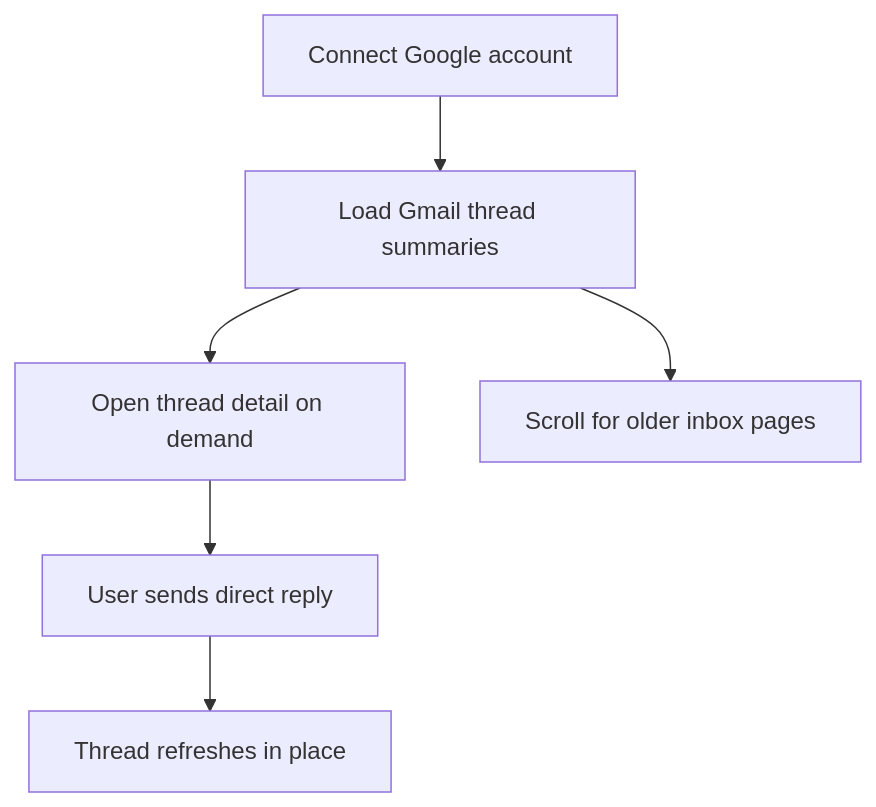
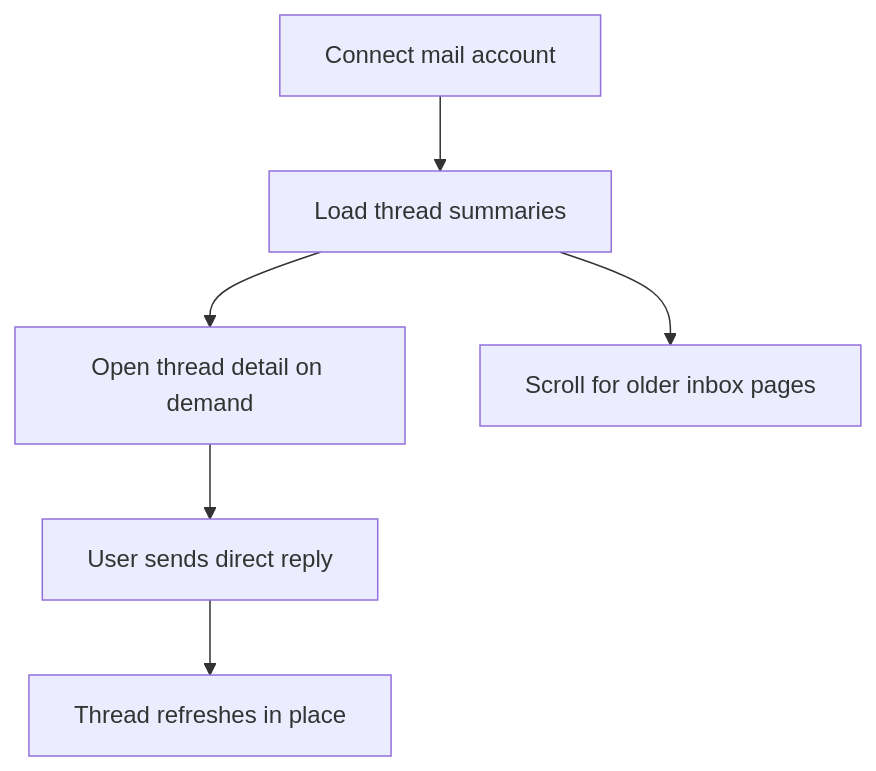
Before and after one commit to ruoliu2/InboxOS: the second of 2 diagrams in README.md, drawn with Mermaid. The commit also changed other lines of this file and 2 other files, not shown here.

Commit message:
Preserve generic wording in high-level mail docs

````diff
--- a/README.md
+++ b/README.md
@@ -39,8 +38,8 @@
 ```mermaid
 graph TD
-A1["Connect Google account"] --> B1["Load Gmail thread summaries"]
+A1["Connect mail account"] --> B1["Load thread summaries"]
 B1 --> C1["Open thread detail on demand"]
 B1 --> D1["Scroll for older inbox pages"]
 C1 --> E1["User sends direct reply"]
 E1 --> F1["Thread refreshes in place"]
 ```
````
